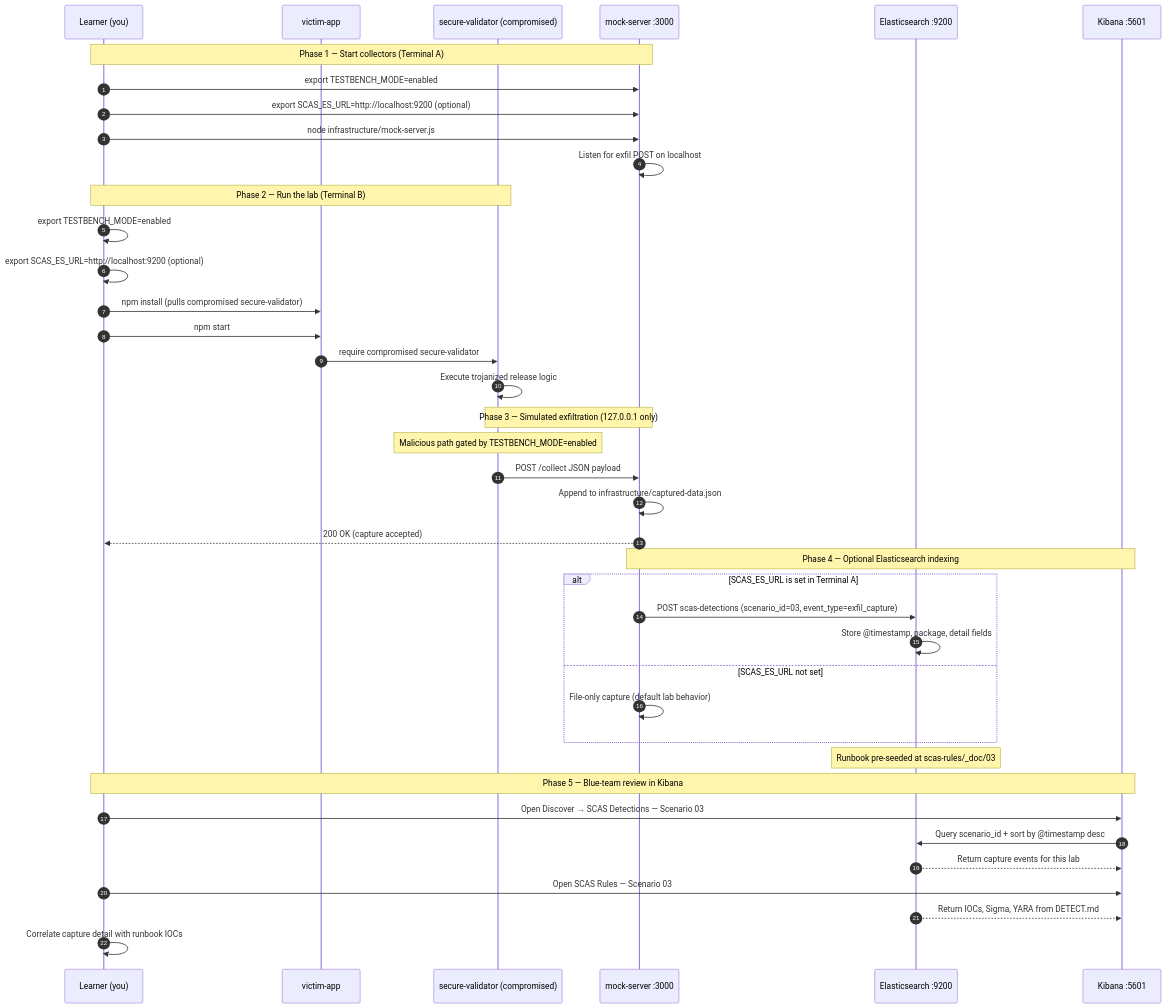
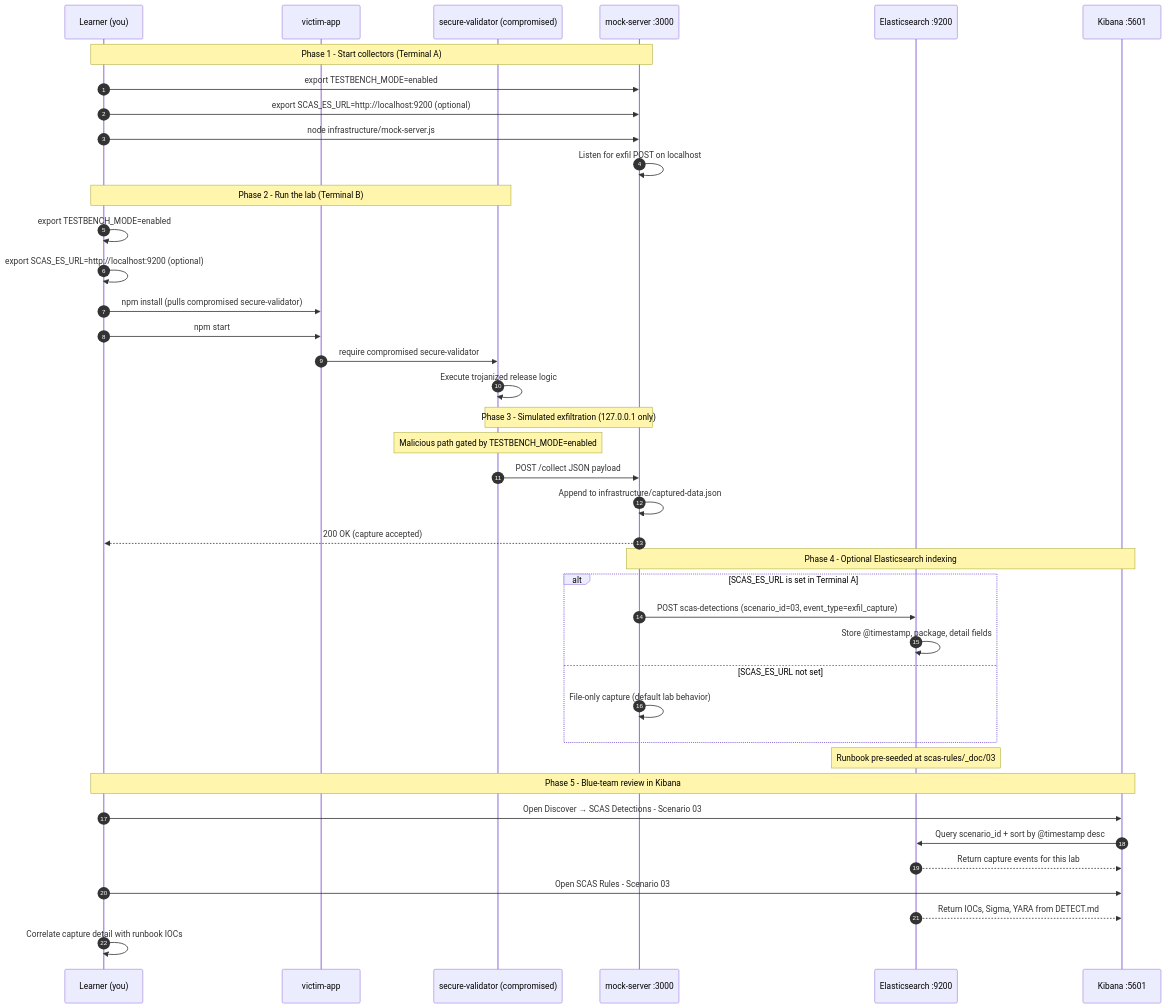
Before and after one commit to RAJANAGORI/testbench: the diagram in documentation/scenario-guides/zero-to-hero/ZERO_TO_HERO_SCENARIO_03.md, drawn with Mermaid. The commit also changed other lines of this file and 66 other files, not shown here.

````diff
--- a/documentation/scenario-guides/zero-to-hero/ZERO_TO_HERO_SCENARIO_03.md
+++ b/documentation/scenario-guides/zero-to-hero/ZERO_TO_HERO_SCENARIO_03.md
@@ -630,47 +630,47 @@
 ```mermaid
 sequenceDiagram
     autonumber
     participant Learner as Learner (you)
     participant Victim as victim-app
     participant MalPkg as secure-validator (compromised)
     participant Mock as mock-server :3000
     participant ES as Elasticsearch :9200
     participant Kibana as Kibana :5601
 
-    Note over Learner,Mock: Phase 1 — Start collectors (Terminal A)
+    Note over Learner,Mock: Phase 1 - Start collectors (Terminal A)
     Learner->>Mock: export TESTBENCH_MODE=enabled
     Learner->>Mock: export SCAS_ES_URL=http://localhost:9200 (optional)
     Learner->>Mock: node infrastructure/mock-server.js
     Mock->>Mock: Listen for exfil POST on localhost
 
-    Note over Learner,MalPkg: Phase 2 — Run the lab (Terminal B)
+    Note over Learner,MalPkg: Phase 2 - Run the lab (Terminal B)
     Learner->>Learner: export TESTBENCH_MODE=enabled
     Learner->>Learner: export SCAS_ES_URL=http://localhost:9200 (optional)
     Learner->>Victim: npm install (pulls compromised secure-validator)
     Learner->>Victim: npm start
     Victim->>MalPkg: require compromised secure-validator
     MalPkg->>MalPkg: Execute trojanized release logic
 
-    Note over MalPkg,Mock: Phase 3 — Simulated exfiltration (127.0.0.1 only)
+    Note over MalPkg,Mock: Phase 3 - Simulated exfiltration (127.0.0.1 only)
     Note over MalPkg: Malicious path gated by TESTBENCH_MODE=enabled
     MalPkg->>Mock: POST /collect JSON payload
     Mock->>Mock: Append to infrastructure/captured-data.json
     Mock-->>Learner: 200 OK (capture accepted)
 
-    Note over Mock,Kibana: Phase 4 — Optional Elasticsearch indexing
+    Note over Mock,Kibana: Phase 4 - Optional Elasticsearch indexing
     alt SCAS_ES_URL is set in Terminal A
     Mock->>ES: POST scas-detections (scenario_id=03, event_type=exfil_capture)
     ES->>ES: Store @timestamp, package, detail fields
     else SCAS_ES_URL not set
     Mock->>Mock: File-only capture (default lab behavior)
     end
 
     Note over ES: Runbook pre-seeded at scas-rules/_doc/03
-    Note over Learner,Kibana: Phase 5 — Blue-team review in Kibana
-    Learner->>Kibana: Open Discover → SCAS Detections — Scenario 03
+    Note over Learner,Kibana: Phase 5 - Blue-team review in Kibana
+    Learner->>Kibana: Open Discover → SCAS Detections - Scenario 03
     Kibana->>ES: Query scenario_id + sort by @timestamp desc
     ES-->>Kibana: Return capture events for this lab
-    Learner->>Kibana: Open SCAS Rules — Scenario 03
+    Learner->>Kibana: Open SCAS Rules - Scenario 03
     ES-->>Kibana: Return IOCs, Sigma, YARA from DETECT.md
     Learner->>Learner: Correlate capture detail with runbook IOCs
 ```
````
